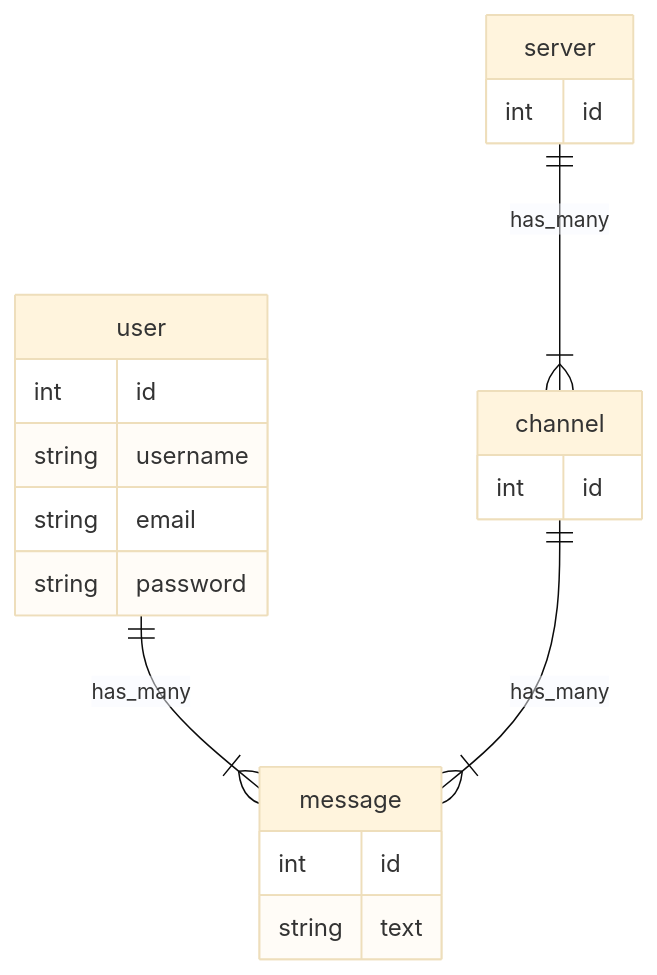
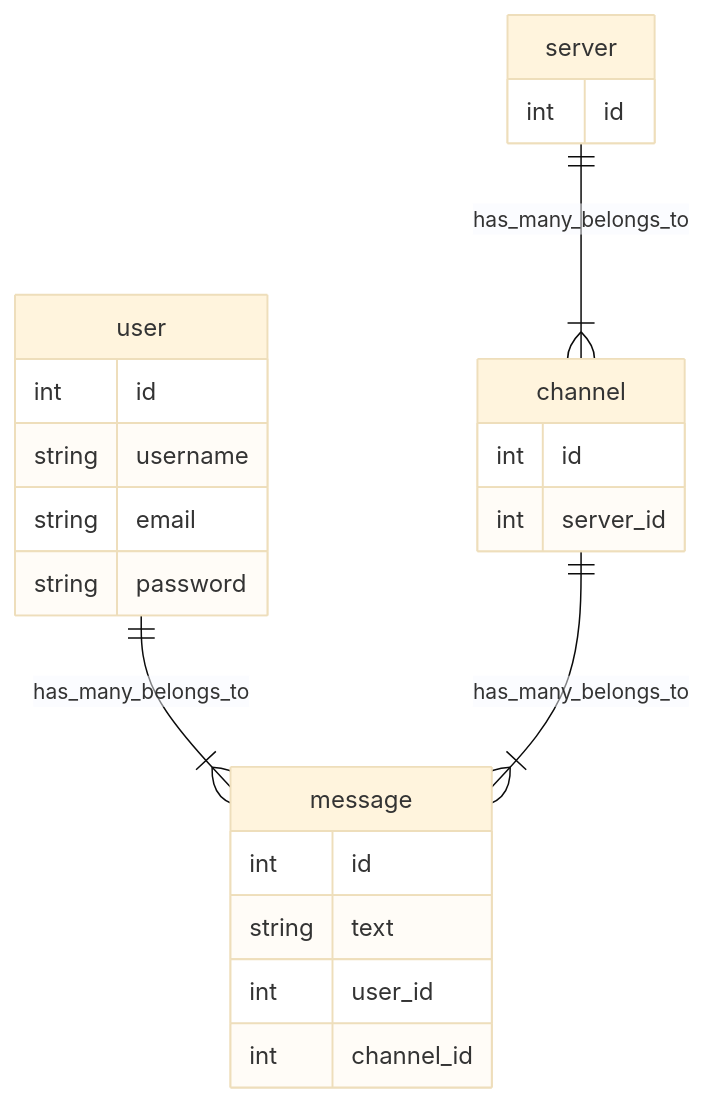
Before and after one commit to george11119/discord-clone: the diagram in planning.md, drawn with Mermaid (base theme). The commit also changed other lines of this file, not shown here.

````diff
--- a/planning.md
+++ b/planning.md
@@ -19,25 +25,28 @@
 ```mermaid
 erDiagram
-  user ||--|{ message: has_many
+  user ||--|{ message: has_many_belongs_to
   user {
     int id
     string username
     string email
     string password
   }
 
-  server ||--|{ channel: has_many
+  server ||--|{ channel: has_many_belongs_to
   server {
     int id
   }
 
-  channel ||--|{ message: has_many
+  channel ||--|{ message: has_many_belongs_to
   channel {
     int id
+    int server_id
   }
 
   message {
     int id
     string text
+    int user_id
+    int channel_id
   }
 ```
````
